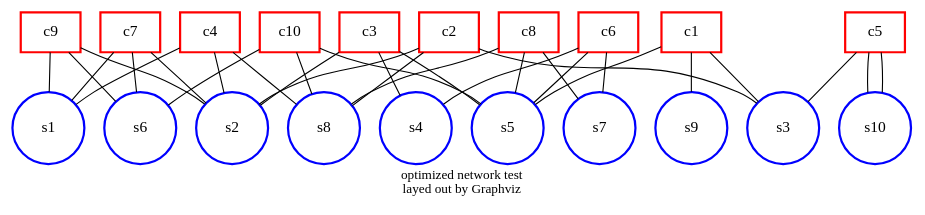
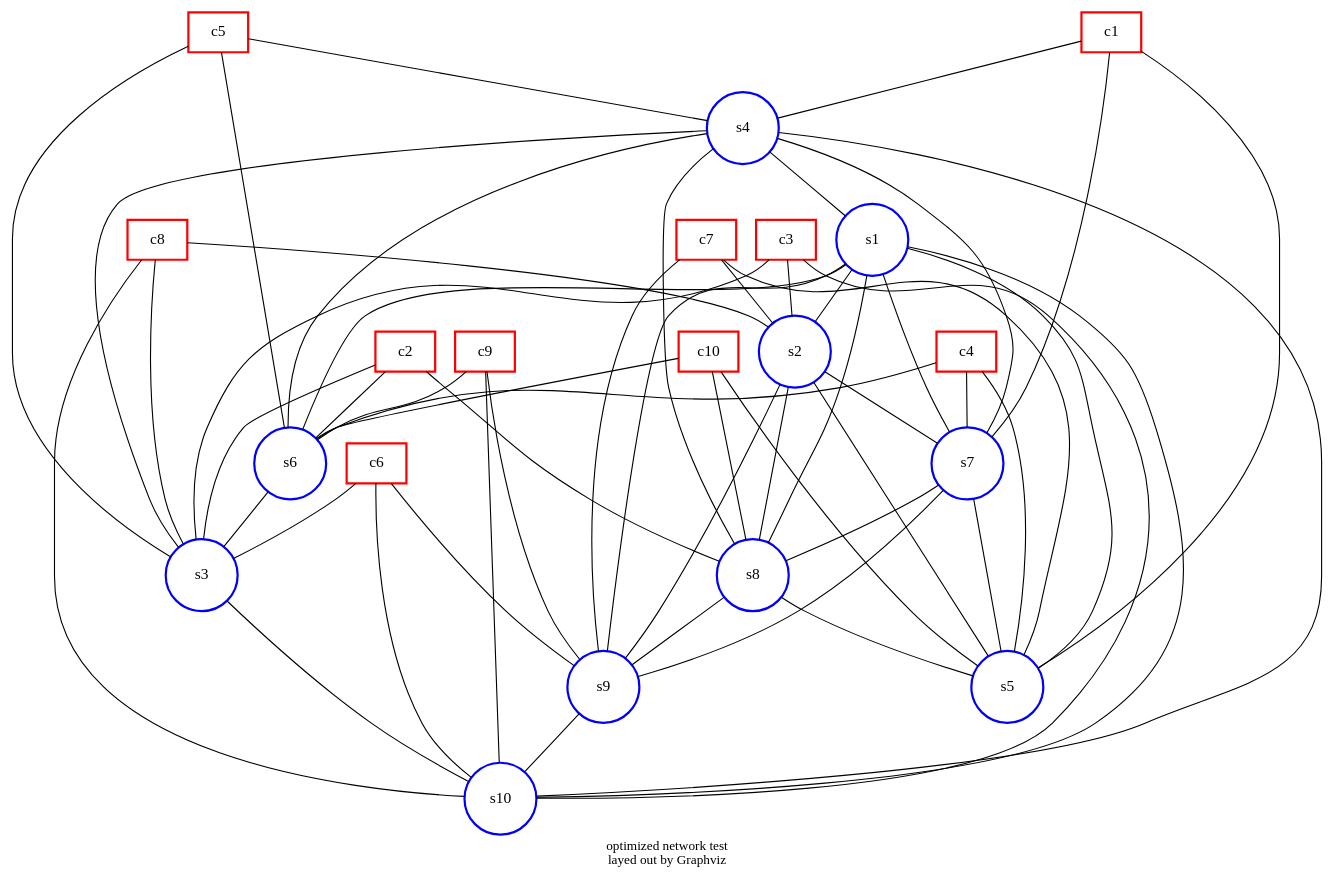
Before and after one commit to bhpayne/optimal-network-search: the diagram in network.gv, drawn with Graphviz. The commit also changed 5 other files, not shown here.

```diff
--- a/network.gv
+++ b/network.gv
@@ -1,56 +1,81 @@
 ##Command to produce the output: "neato -Tpng thisfile.gv > thisfile.png"
 graph G {
 node [shape=box,color=red,style=bold];  c1;
 node [shape=box,color=red,style=bold];  c2;
 node [shape=box,color=red,style=bold];  c3;
 node [shape=box,color=red,style=bold];  c4;
 node [shape=box,color=red,style=bold];  c5;
 node [shape=box,color=red,style=bold];  c6;
 node [shape=box,color=red,style=bold];  c7;
 node [shape=box,color=red,style=bold];  c8;
 node [shape=box,color=red,style=bold];  c9;
 node [shape=box,color=red,style=bold];  c10;
 node [shape=circle,fixedsize=true,width=0.9,color=blue,style=bold];  s1;
 node [shape=circle,fixedsize=true,width=0.9,color=blue,style=bold];  s2;
 node [shape=circle,fixedsize=true,width=0.9,color=blue,style=bold];  s3;
 node [shape=circle,fixedsize=true,width=0.9,color=blue,style=bold];  s4;
 node [shape=circle,fixedsize=true,width=0.9,color=blue,style=bold];  s5;
 node [shape=circle,fixedsize=true,width=0.9,color=blue,style=bold];  s6;
 node [shape=circle,fixedsize=true,width=0.9,color=blue,style=bold];  s7;
 node [shape=circle,fixedsize=true,width=0.9,color=blue,style=bold];  s8;
 node [shape=circle,fixedsize=true,width=0.9,color=blue,style=bold];  s9;
 node [shape=circle,fixedsize=true,width=0.9,color=blue,style=bold];  s10;
-     c4--s8;
-     c4--s1;
-     c7--s1;
-     c7--s6;
-     c8--s5;
-     c4--s2;
-     c6--s5;
-     c3--s5;
+     c5--s3;
+     c5--s4;
+     c4--s7;
+     c6--s3;
+     c5--s6;
+     c1--s4;
+     c2--s3;
+     c10--s8;
+     c3--s10;
+     c2--s8;
+     c7--s5;
+     c9--s9;
+     c9--s10;
+     c2--s6;
+     c8--s3;
+     c7--s9;
+     c3--s3;
      c10--s5;
-     c6--s7;
-     c2--s3;
-     c8--s8;
-     c1--s9;
-     c6--s4;
+     c1--s5;
+     c6--s10;
+     c9--s6;
+     c10--s6;
+     c4--s5;
+     c1--s7;
+     c7--s2;
+     c8--s10;
      c3--s2;
-     c7--s2;
-     c3--s4;
-     c5--s10;
-     c10--s8;
-     c8--s7;
-     c2--s8;
-     c5--s3;
-     c9--s1;
-     c10--s6;
-     c2--s2;
-     c5--s10;
-     c9--s2;
-     c9--s6;
-     c1--s5;
-     c1--s3;
+     c8--s2;
+     c4--s6;
+     c6--s9;
+     s7--s8;
+     s2--s7;
+     s10--s1;
+     s2--s5;
+     s1--s6;
+     s8--s9;
+     s5--s1;
+     s9--s1;
+     s9--s7;
+     s2--s8;
+     s7--s5;
+     s2--s9;
+     s3--s4;
+     s1--s8;
+     s4--s8;
+     s1--s2;
+     s10--s4;
+     s4--s7;
+     s9--s10;
+     s6--s4;
+     s8--s5;
+     s7--s1;
+     s6--s3;
+     s3--s10;
+     s4--s1;
      overlap=false
      label="optimized network test\nlayed out by Graphviz"
      fontsize=12;
 }
```
